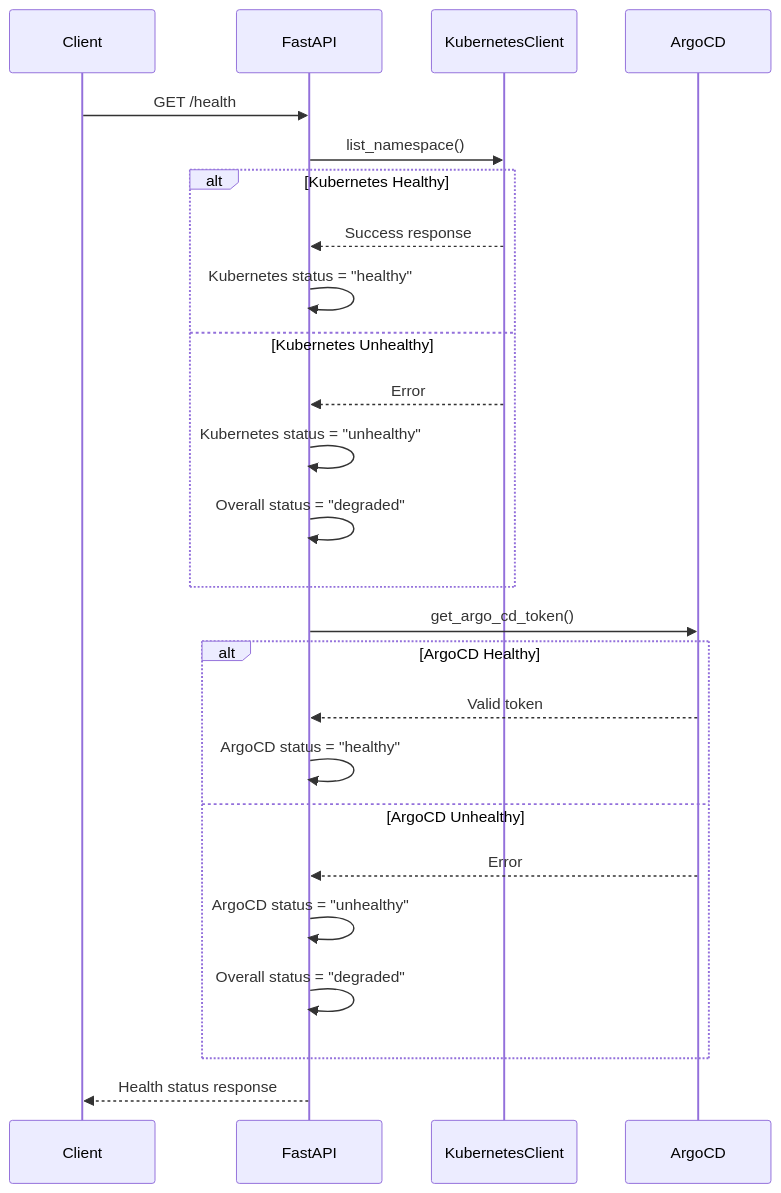
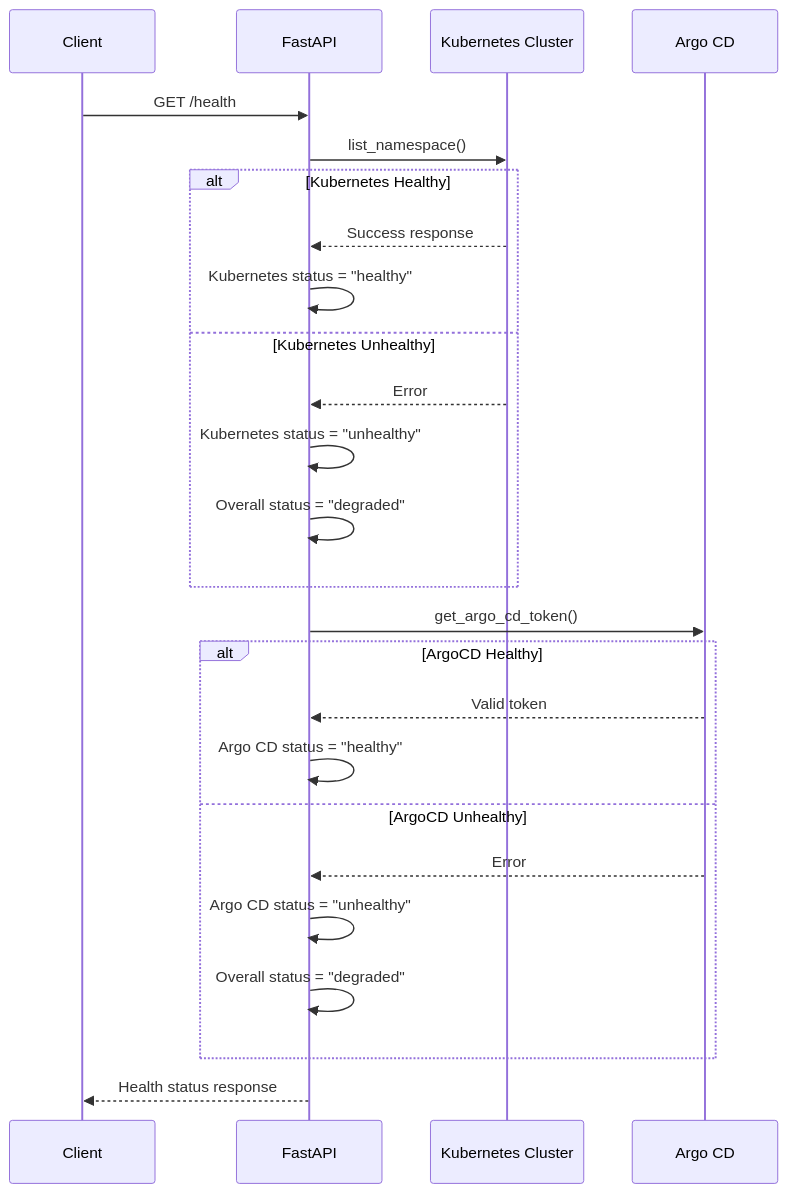
The sixth of 9 diagrams in README.md (lloydchang/tvp-k8s), drawn with Mermaid before and after one commit. The commit also changed other lines of this file and 11 other files, not shown here.

````diff
--- a/README.md
+++ b/README.md
@@ -310,32 +310,32 @@
 ```mermaid
 sequenceDiagram
     participant Client
     participant FastAPI
-    participant KubernetesClient
-    participant ArgoCD
+    participant Kubernetes as Kubernetes Cluster
+    participant ArgoCD as Argo CD
     
     Client->>FastAPI: GET /health
     
-    FastAPI->>KubernetesClient: list_namespace()
+    FastAPI->>Kubernetes: list_namespace()
     alt Kubernetes Healthy
-        KubernetesClient-->>FastAPI: Success response
+        Kubernetes-->>FastAPI: Success response
         FastAPI->>FastAPI: Kubernetes status = "healthy"
     else Kubernetes Unhealthy
-        KubernetesClient-->>FastAPI: Error
+        Kubernetes-->>FastAPI: Error
         FastAPI->>FastAPI: Kubernetes status = "unhealthy"
         FastAPI->>FastAPI: Overall status = "degraded"
     end
     
     FastAPI->>ArgoCD: get_argo_cd_token()
     alt ArgoCD Healthy
         ArgoCD-->>FastAPI: Valid token
-        FastAPI->>FastAPI: ArgoCD status = "healthy"
+        FastAPI->>FastAPI: Argo CD status = "healthy"
     else ArgoCD Unhealthy
         ArgoCD-->>FastAPI: Error
-        FastAPI->>FastAPI: ArgoCD status = "unhealthy"
+        FastAPI->>FastAPI: Argo  CD status = "unhealthy"
         FastAPI->>FastAPI: Overall status = "degraded"
     end
     
     FastAPI-->>Client: Health status response
 
 ```
````
